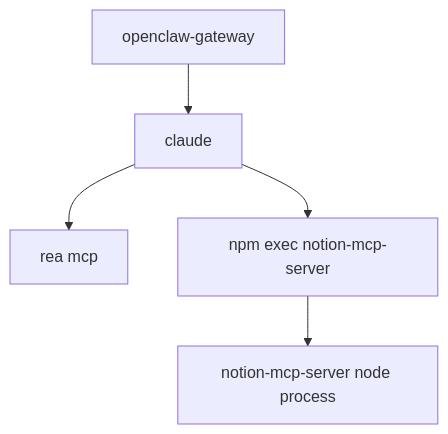
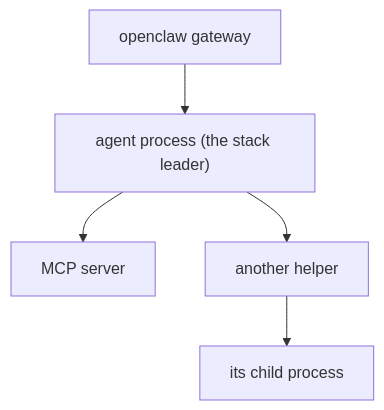
The diagram in docs/concepts.md (khiladisngh/clawtop), drawn with Mermaid before and after one commit. The commit also changed other lines of this file and 20 other files, not shown here.

````diff
--- a/docs/concepts.md
+++ b/docs/concepts.md
@@ -7,7 +30,7 @@
 ```mermaid
 flowchart TD
-    G[openclaw-gateway] --> C[claude]
-    C --> R[rea mcp]
-    C --> N[npm exec notion-mcp-server]
-    N --> S[notion-mcp-server node process]
+    G[openclaw gateway] --> L["agent process (the stack leader)"]
+    L --> M1[MCP server]
+    L --> M2[another helper]
+    M2 --> M3[its child process]
 ```
````
